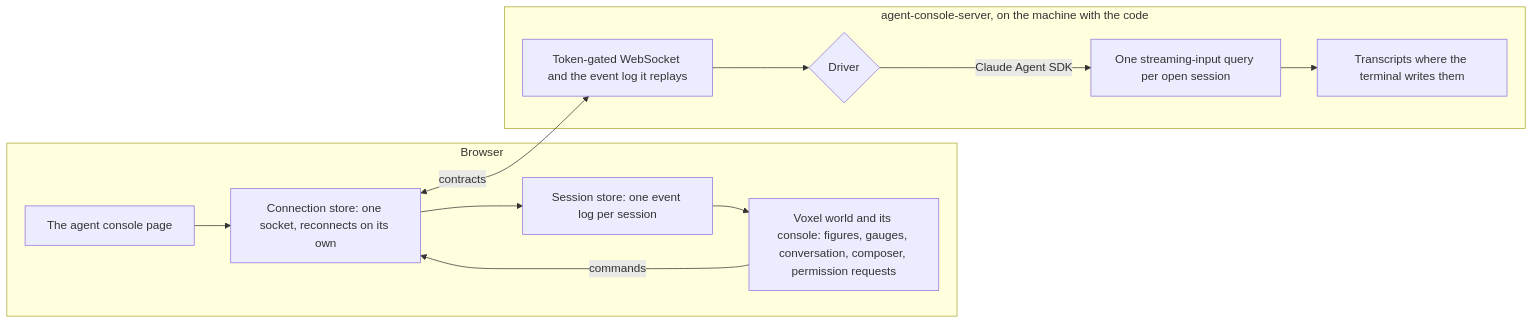
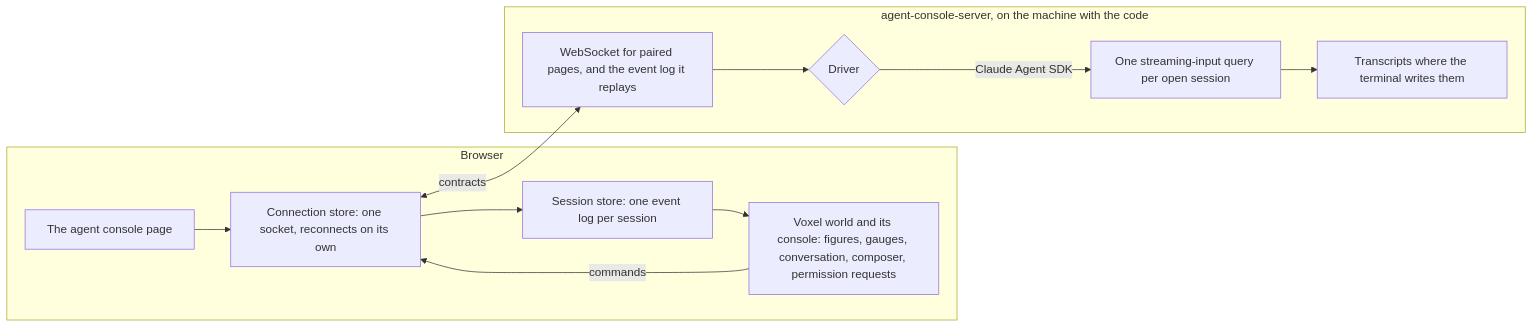
One commit to Esposter/Esposter changed the diagram in apps/web/content/docs/infra/claude-interface/agent-console/index.md. Above: the diagram before and after it, drawn with Mermaid. The commit also changed other lines of this file and 76 other files, not shown here.

````diff
--- a/apps/web/content/docs/infra/claude-interface/agent-console/index.md
+++ b/apps/web/content/docs/infra/claude-interface/agent-console/index.md
@@ -14,15 +14,15 @@
 ```mermaid
 flowchart LR
   subgraph Browser
     P[The agent console page] --> C[Connection store: one socket, reconnects on its own]
     C --> S[Session store: one event log per session]
     S --> W[Voxel world and its console: figures, gauges, conversation, composer, permission requests]
     W -->|commands| C
   end
   subgraph Host[agent-console-server, on the machine with the code]
-    WS[Token-gated WebSocket and the event log it replays] --> D{Driver}
+    WS[WebSocket for paired pages, and the event log it replays] --> D{Driver}
     D -->|Claude Agent SDK| Q[One streaming-input query per open session]
     Q --> T[Transcripts where the terminal writes them]
   end
   C <-->|contracts| WS
 ```
````
